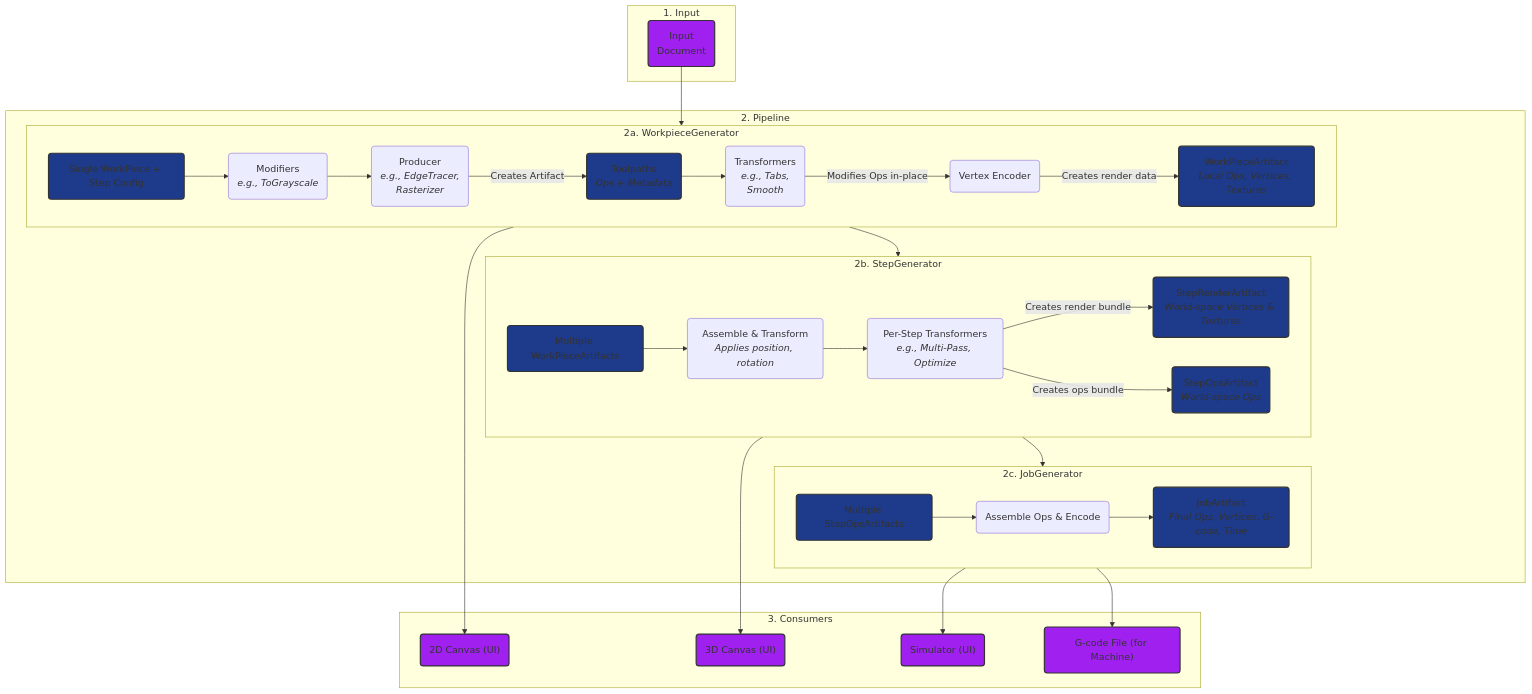
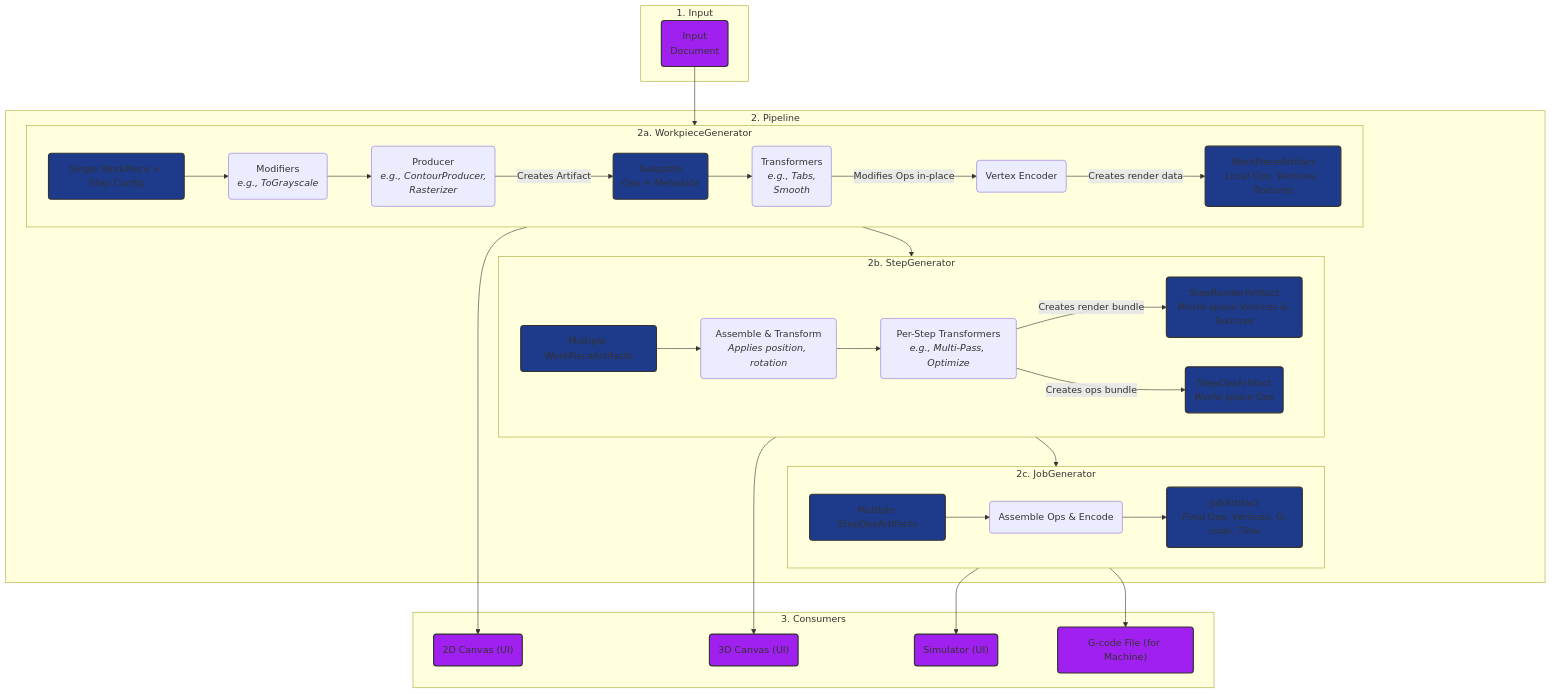
Before and after one commit to yuri-schmaltz/my-rayforge: the diagram in website/content/docs/developer/pipeline.md, drawn with Mermaid. The commit also changed other lines of this file and 9 other files, not shown here.

Commit message:
rename EdgeTracer to ContourProducer for consistent terminology

````diff
--- a/website/content/docs/developer/pipeline.md
+++ b/website/content/docs/developer/pipeline.md
@@ -7,55 +7,55 @@
 ```mermaid
 graph TD
     subgraph "1. Input"
         Input("Input<br/>Document")
     end
 
     subgraph "2. Pipeline"
         subgraph "2a. WorkpieceGenerator"
             direction LR
             A(Single WorkPiece + Step Config);
             A --> B(Modifiers<br/><i>e.g., ToGrayscale</i>);
-            B --> C(Producer<br/><i>e.g., EdgeTracer,<br/>Rasterizer</i>);
+            B --> C(Producer<br/><i>e.g., ContourProducer,<br/>Rasterizer</i>);
             C -- "Creates Artifact" --> D("Toolpaths<br/><i>Ops + Metadata</i>");
             D --> E(Transformers<br/><i>e.g., Tabs,<br/>Smooth</i>);
             E -- "Modifies Ops in-place" --> F(Vertex Encoder);
             F -- "Creates render data" --> G("WorkPieceArtifact<br/><i>Local Ops, Vertices, Textures</i>");
         end
 
         subgraph "2b. StepGenerator"
             direction LR
             H("Multiple WorkPieceArtifacts");
             H --> I(Assemble & Transform<br/><i>Applies position, rotation</i>);
             I --> J(Per-Step Transformers<br/><i>e.g., Multi-Pass, Optimize</i>);
             J -- "Creates render bundle" --> K("StepRenderArtifact<br/><i>World-space Vertices & Textures</i>")
             J -- "Creates ops bundle" --> L("StepOpsArtifact<br/><i>World-space Ops</i>")
         end
 
         subgraph "2c. JobGenerator"
             direction LR
             M("Multiple StepOpsArtifacts");
             M --> N(Assemble Ops & Encode);
             N --> O("JobArtifact<br/><i>Final Ops, Vertices, G-code, Time</i>");
         end
     end
 
     subgraph "3. Consumers"
         Vis2D("2D Canvas (UI)")
         Vis3D("3D Canvas (UI)")
         Simulator("Simulator (UI)")
         File("G-code File (for Machine)")
     end
 
     Input --> A;
     G --> H;
     G --> Vis2D;
     K --> Vis3D;
     L --> M;
     O --> Simulator;
     O --> File;
 
     classDef io fill:#a020f0,stroke:#333,stroke-width:2px;
     classDef output fill:#1e3a8a,stroke:#333,stroke-width:2px,max-width:500px;
     class Input,Vis2D,Vis3D,Simulator,File io;
     class A,D,G,H,K,L,M,O output;
 ```
````
